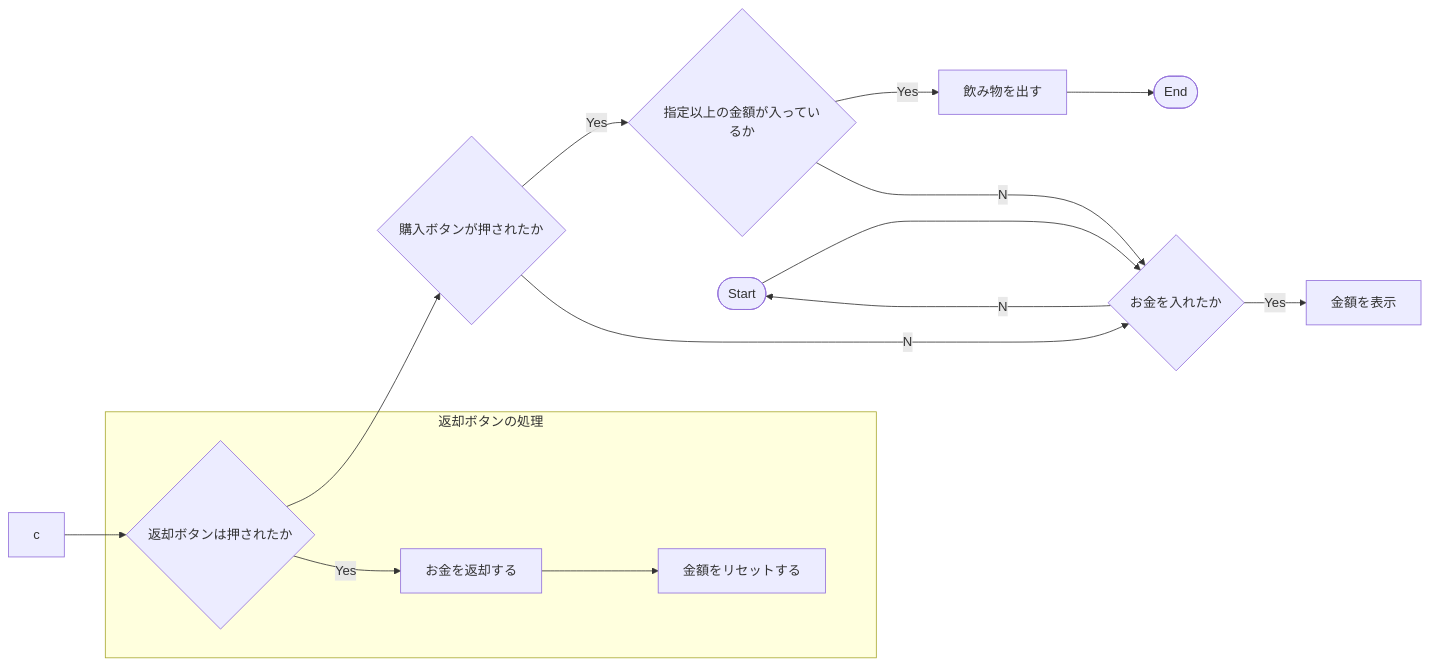
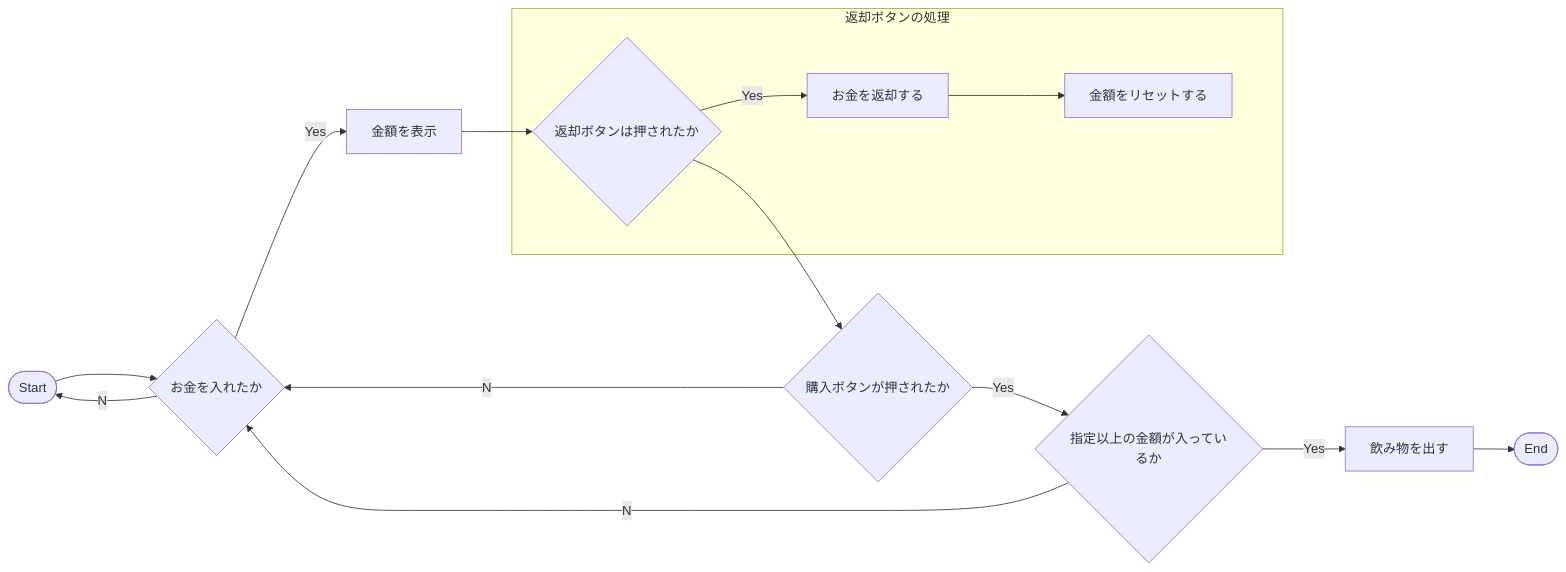
One commit to tpu-game-2022/mermaid_test changed the diagram in README.md. Above: the diagram before and after it, drawn with Mermaid.

Commit message:
フローチャートを変更した

````diff
--- a/README.md
+++ b/README.md
@@ -20,18 +20,18 @@
 ```mermaid
 flowchart LR
   A([Start])-->B{お金を入れたか}
   B--Yes-->C[金額を表示]
-  c-->D1
+  C-->D1
   D1-->E{購入ボタンが押されたか}
   E{購入ボタンが押されたか}--Yes-->F{指定以上の金額が入っているか}
   F--Yes-->G[飲み物を出す]
   G-->H([End])
   B--No-->A
   E--No-->B
   F--No-->B
     subgraph 返却ボタンの処理
     D1{返却ボタンは押されたか}--Yes-->D2[お金を返却する]
     D2-->D3[金額をリセットする]
     end
 
 ```
````
